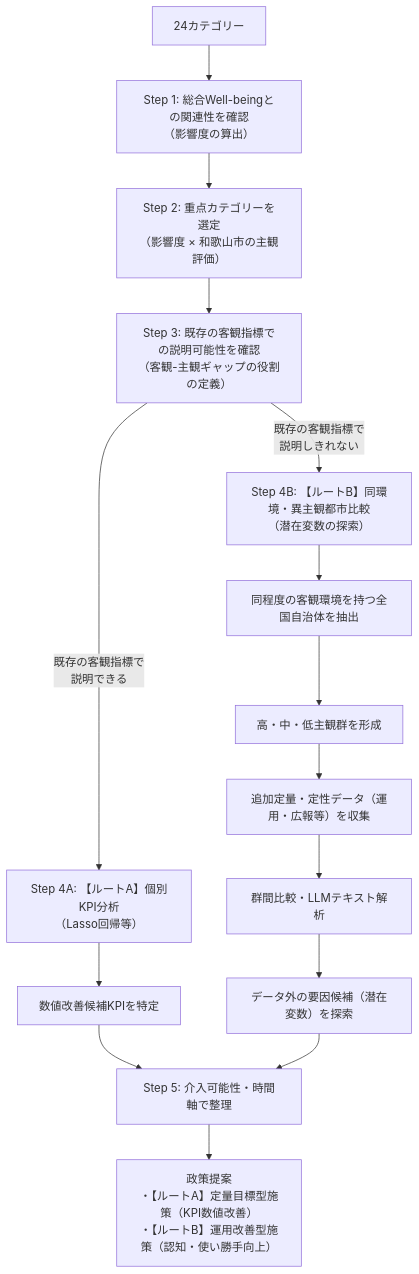
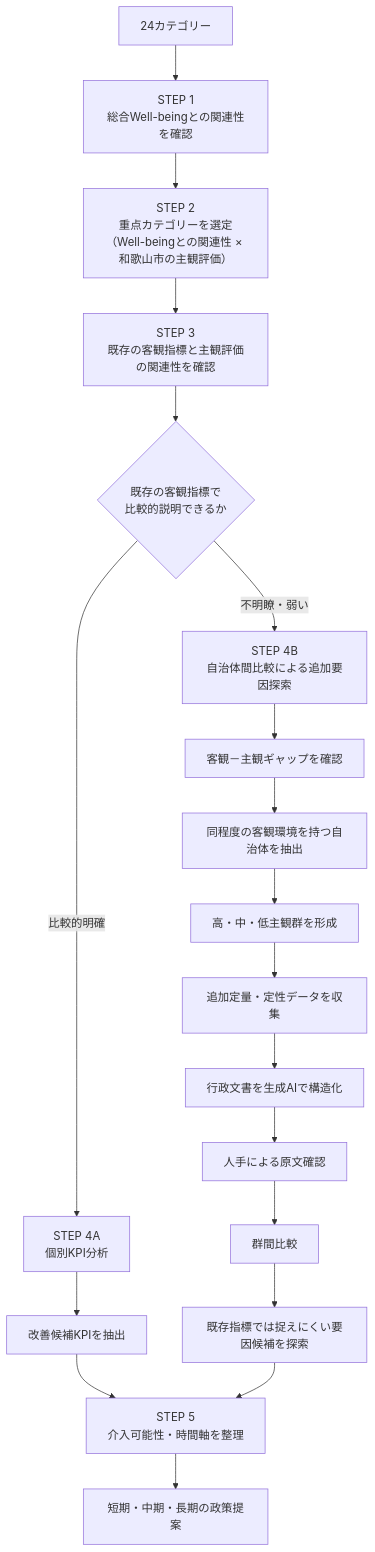
One commit to Keita062/wakayama_competition changed the diagram in Nishimura/docs/分析定義書.md. Above: the diagram before and after it, drawn with Mermaid. The commit also changed other lines of this file, not shown here.

````diff
--- a/Nishimura/docs/分析定義書.md
+++ b/Nishimura/docs/分析定義書.md
@@ -93,22 +85,26 @@
 ```mermaid
 flowchart TD
-    A["24カテゴリー"] --> B["Step 1: 総合Well-beingとの関連性を確認<br>（影響度の算出）"]
-    B --> C["Step 2: 重点カテゴリーを選定<br>（影響度 × 和歌山市の主観評価）"]
-    C --> D["Step 3: 既存の客観指標での説明可能性を確認<br>（客観-主観ギャップの役割の定義）"]
-    
-    D -->|"既存の客観指標で<br>説明できる"| E["Step 4A: 【ルートA】個別KPI分析<br>（Lasso回帰等）"]
-    D -->|"既存の客観指標で<br>説明しきれない"| F["Step 4B: 【ルートB】同環境・異主観都市比較<br>（潜在変数の探索）"]
-    
-    E --> G["数値改善候補KPIを特定"]
-    
-    F --> H["同程度の客観環境を持つ全国自治体を抽出"]
-    H --> I["高・中・低主観群を形成"]
-    I --> J["追加定量・定性データ（運用・広報等）を収集"]
-    J --> K["群間比較・LLMテキスト解析"]
-    K --> L["データ外の要因候補（潜在変数）を探索"]
-    
-    G --> M["Step 5: 介入可能性・時間軸で整理"]
-    L --> M
-    
-    M --> N["政策提案<br>・【ルートA】定量目標型施策（KPI数値改善）<br>・【ルートB】運用改善型施策（認知・使い勝手向上）"]
+    A["24カテゴリー"] --> B["STEP 1<br>総合Well-beingとの関連性を確認"]
+    B --> C["STEP 2<br>重点カテゴリーを選定<br>（Well-beingとの関連性 × 和歌山市の主観評価）"]
+    C --> D["STEP 3<br>既存の客観指標と主観評価の関連性を確認"]
+
+    D --> E{"既存の客観指標で<br>比較的説明できるか"}
+
+    E -->|比較的明確| F["STEP 4A<br>個別KPI分析"]
+    F --> G["改善候補KPIを抽出"]
+
+    E -->|不明瞭・弱い| H["STEP 4B<br>自治体間比較による追加要因探索"]
+    H --> I["客観－主観ギャップを確認"]
+    I --> J["同程度の客観環境を持つ自治体を抽出"]
+    J --> K["高・中・低主観群を形成"]
+    K --> L["追加定量・定性データを収集"]
+    L --> M["行政文書を生成AIで構造化"]
+    M --> N["人手による原文確認"]
+    N --> O["群間比較"]
+    O --> P["既存指標では捉えにくい要因候補を探索"]
+
+    G --> Q["STEP 5<br>介入可能性・時間軸を整理"]
+    P --> Q
+
+    Q --> R["短期・中期・長期の政策提案"]
 ```
````
